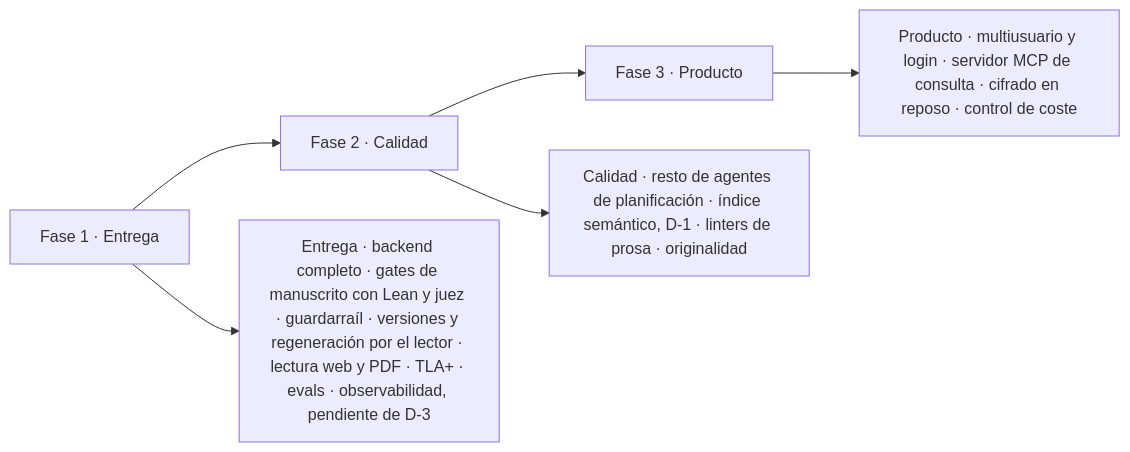
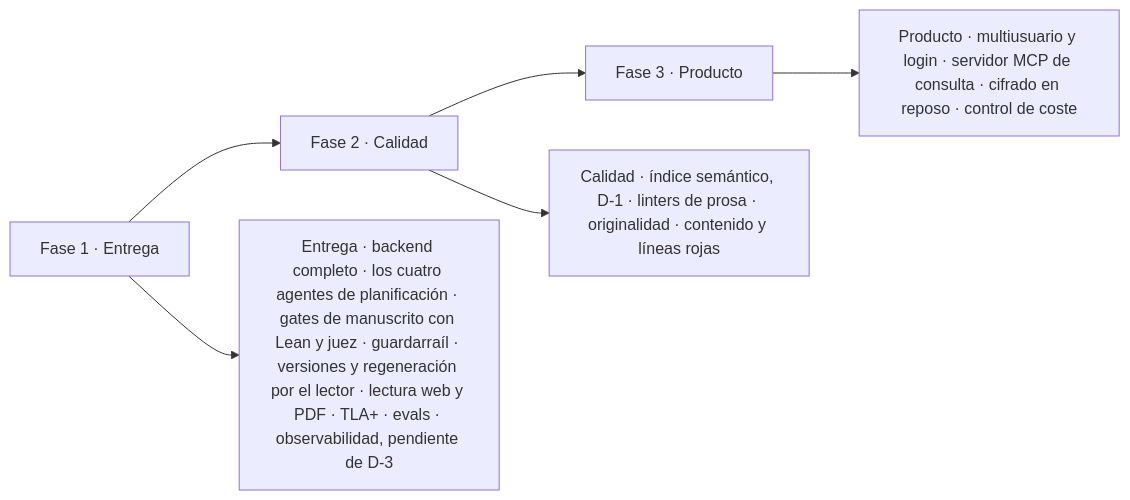
Before and after one commit to Asieribarz/my-story-marker: the tenth of 10 diagrams in docs/architecture.md, drawn with Mermaid. The commit also changed other lines of this file and 6 other files, not shown here.

````diff
--- a/docs/architecture.md
+++ b/docs/architecture.md
@@ -681,7 +681,7 @@
 ```mermaid
 flowchart LR
   F1["Fase 1 · Entrega"] --> F2["Fase 2 · Calidad"] --> F3["Fase 3 · Producto"]
-  F1 --> F1a["Entrega · backend completo · gates de manuscrito con Lean y juez · guardarraíl · versiones y regeneración por el lector · lectura web y PDF · TLA+ · evals · observabilidad, pendiente de D-3"]
-  F2 --> F2a["Calidad · resto de agentes de planificación · índice semántico, D-1 · linters de prosa · originalidad"]
+  F1 --> F1a["Entrega · backend completo · los cuatro agentes de planificación · gates de manuscrito con Lean y juez · guardarraíl · versiones y regeneración por el lector · lectura web y PDF · TLA+ · evals · observabilidad, pendiente de D-3"]
+  F2 --> F2a["Calidad · índice semántico, D-1 · linters de prosa · originalidad · contenido y líneas rojas"]
   F3 --> F3a["Producto · multiusuario y login · servidor MCP de consulta · cifrado en reposo · control de coste"]
 ```
````
